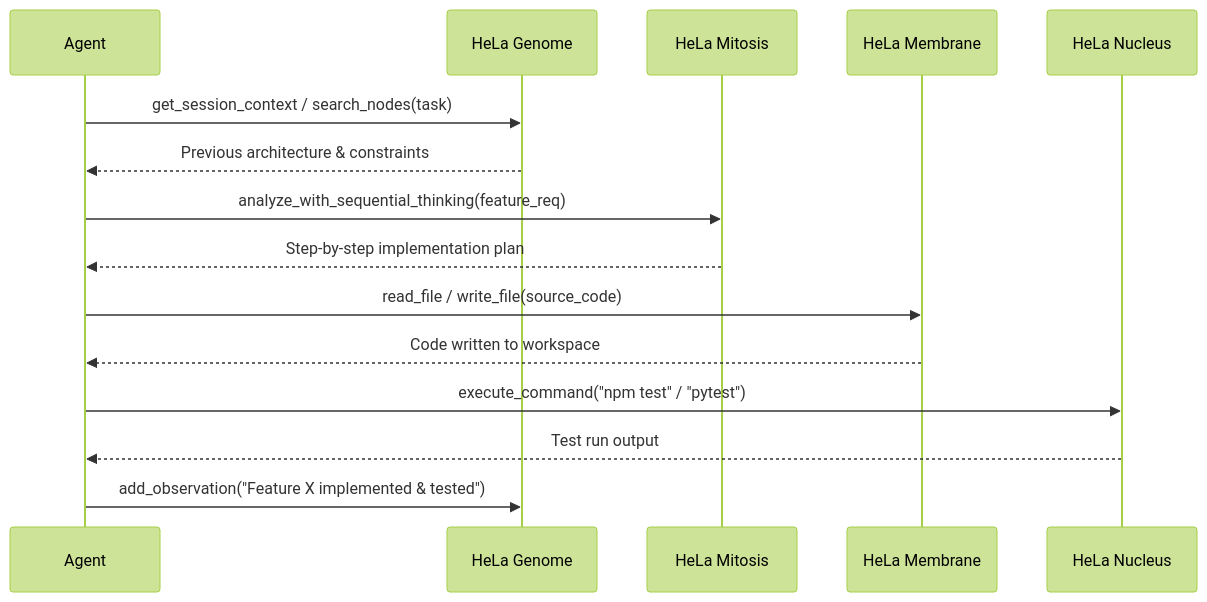
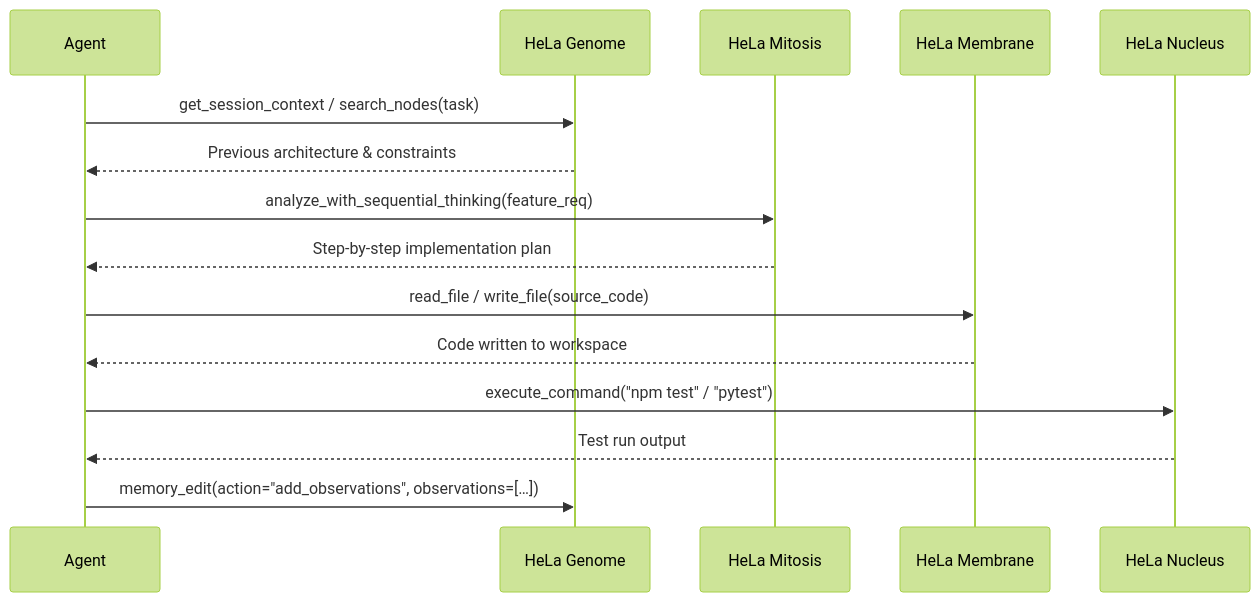
Before and after one commit to 1999AZZAR/hela-mcp-ecosystem: the second of 7 diagrams in docs/workflows.md, drawn with Mermaid (forest theme). The commit also changed other lines of this file and 25 other files, not shown here.

````diff
--- a/docs/workflows.md
+++ b/docs/workflows.md
@@ -43,18 +43,18 @@
 ```mermaid
 sequenceDiagram
     participant Agent
     participant Genome as HeLa Genome
     participant Mitosis as HeLa Mitosis
     participant Membrane as HeLa Membrane
     participant Nucleus as HeLa Nucleus
 
     Agent->>Genome: get_session_context / search_nodes(task)
     Genome-->>Agent: Previous architecture & constraints
     Agent->>Mitosis: analyze_with_sequential_thinking(feature_req)
     Mitosis-->>Agent: Step-by-step implementation plan
     Agent->>Membrane: read_file / write_file(source_code)
     Membrane-->>Agent: Code written to workspace
     Agent->>Nucleus: execute_command("npm test" / "pytest")
     Nucleus-->>Agent: Test run output
-    Agent->>Genome: add_observation("Feature X implemented & tested")
+    Agent->>Genome: memory_edit(action="add_observations", observations=[…])
 ```
````
